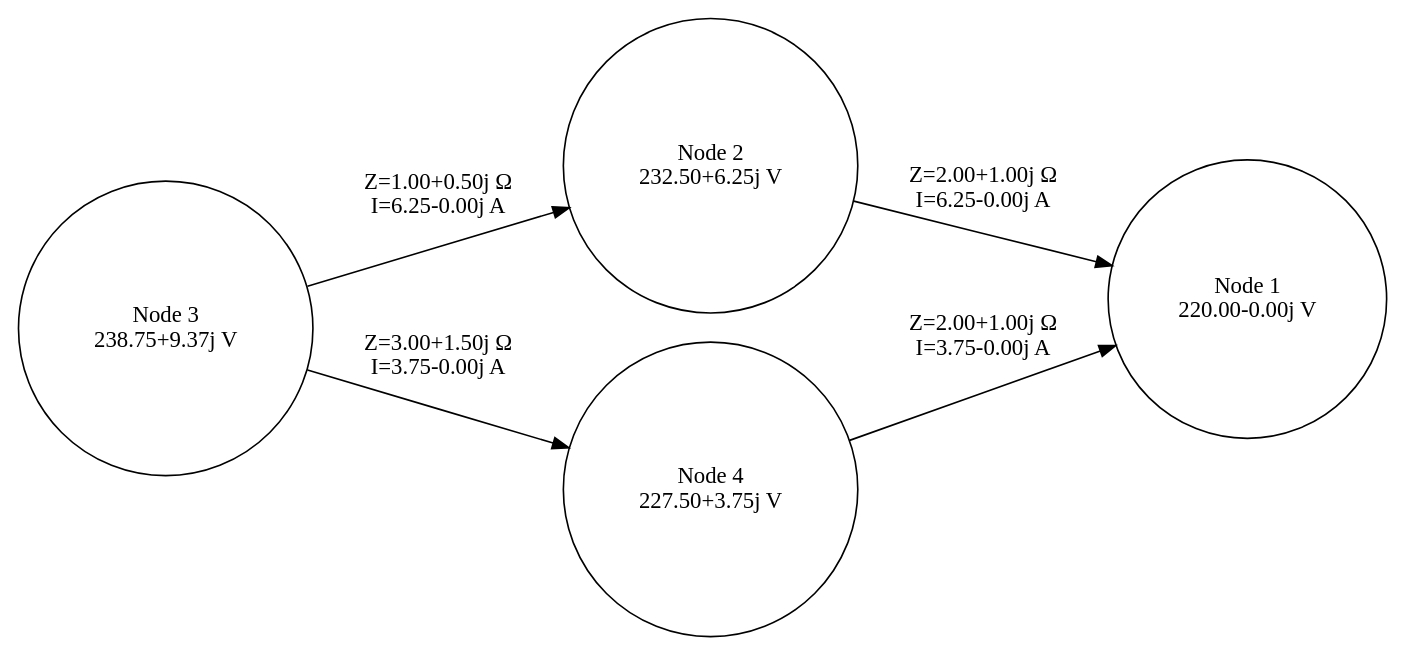
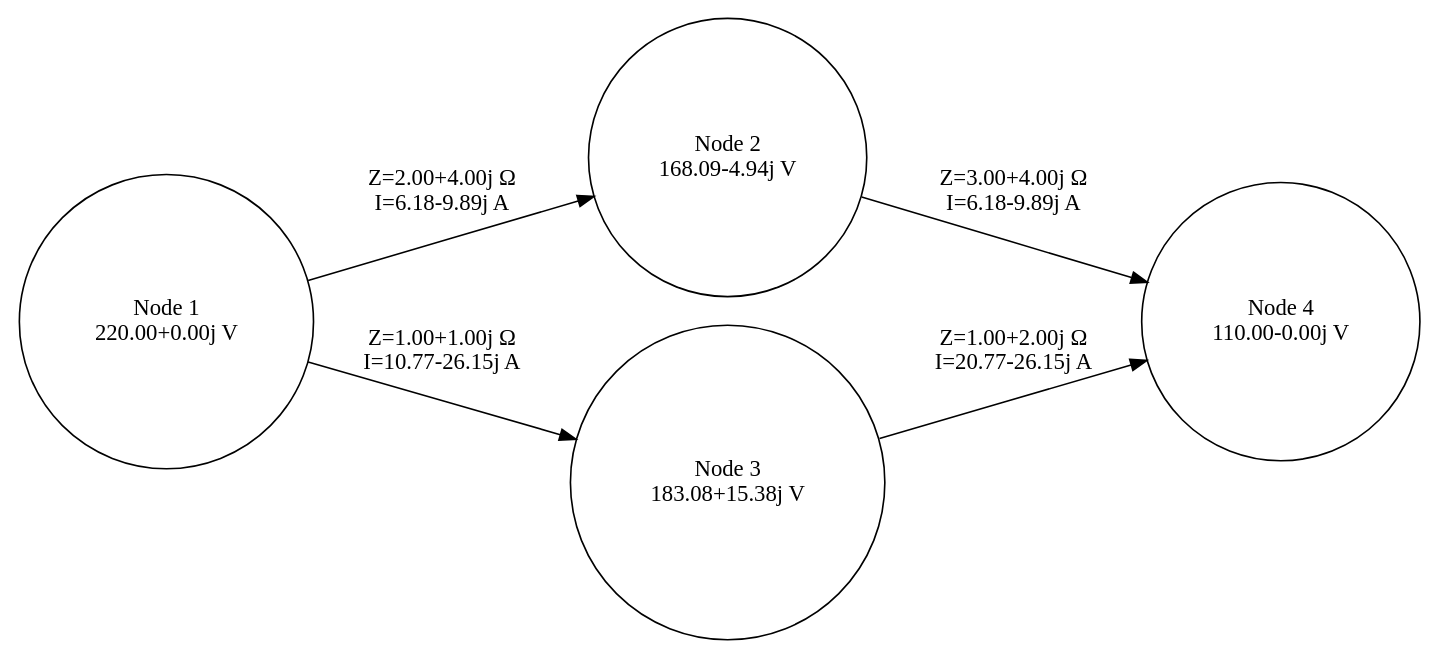
The diagram in src/main/circuit.dot (mcleoregulus/Project-DataStructuresAndAlgorithms), drawn with Graphviz before and after one commit. The commit also changed 5 other files, not shown here.

```diff
--- a/src/main/circuit.dot
+++ b/src/main/circuit.dot
@@ -1,12 +1,12 @@
 digraph CircuitGraph {
     rankdir=LR;
     node [shape=circle];
-    1 [label="Node 1\n220.00-0.00j V"];
-    2 [label="Node 2\n232.50+6.25j V"];
-    3 [label="Node 3\n238.75+9.37j V"];
-    4 [label="Node 4\n227.50+3.75j V"];
-    2 -> 1 [label="Z=2.00+1.00j Ω\nI=6.25-0.00j A"];
-    4 -> 1 [label="Z=2.00+1.00j Ω\nI=3.75-0.00j A"];
-    3 -> 2 [label="Z=1.00+0.50j Ω\nI=6.25-0.00j A"];
-    3 -> 4 [label="Z=3.00+1.50j Ω\nI=3.75-0.00j A"];
+    1 [label="Node 1\n220.00+0.00j V"];
+    2 [label="Node 2\n168.09-4.94j V"];
+    3 [label="Node 3\n183.08+15.38j V"];
+    4 [label="Node 4\n110.00-0.00j V"];
+    1 -> 2 [label="Z=2.00+4.00j Ω\nI=6.18-9.89j A"];
+    1 -> 3 [label="Z=1.00+1.00j Ω\nI=10.77-26.15j A"];
+    2 -> 4 [label="Z=3.00+4.00j Ω\nI=6.18-9.89j A"];
+    3 -> 4 [label="Z=1.00+2.00j Ω\nI=20.77-26.15j A"];
 }
```
